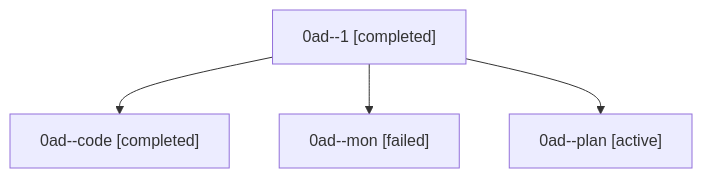
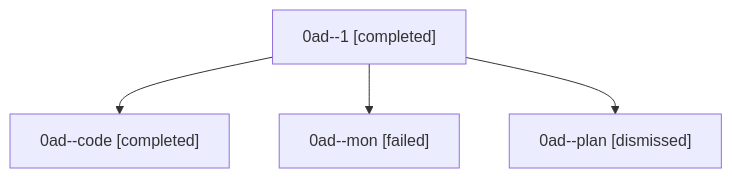
The diagram in sessions/bbugyi200.athena.0ad.md (sase-org/sase--agents), drawn with Mermaid before and after one commit. The commit also changed other lines of this file and 25 other files, not shown here.

````diff
--- a/sessions/bbugyi200.athena.0ad.md
+++ b/sessions/bbugyi200.athena.0ad.md
@@ -9,10 +9,10 @@
 ```mermaid
 flowchart TD
   n0["0ad--1 [completed]"]
   n1["0ad--code [completed]"]
   n0 --> n1
   n2["0ad--mon [failed]"]
   n0 --> n2
-  n3["0ad--plan [active]"]
+  n3["0ad--plan [dismissed]"]
   n0 --> n3
 ```
````
